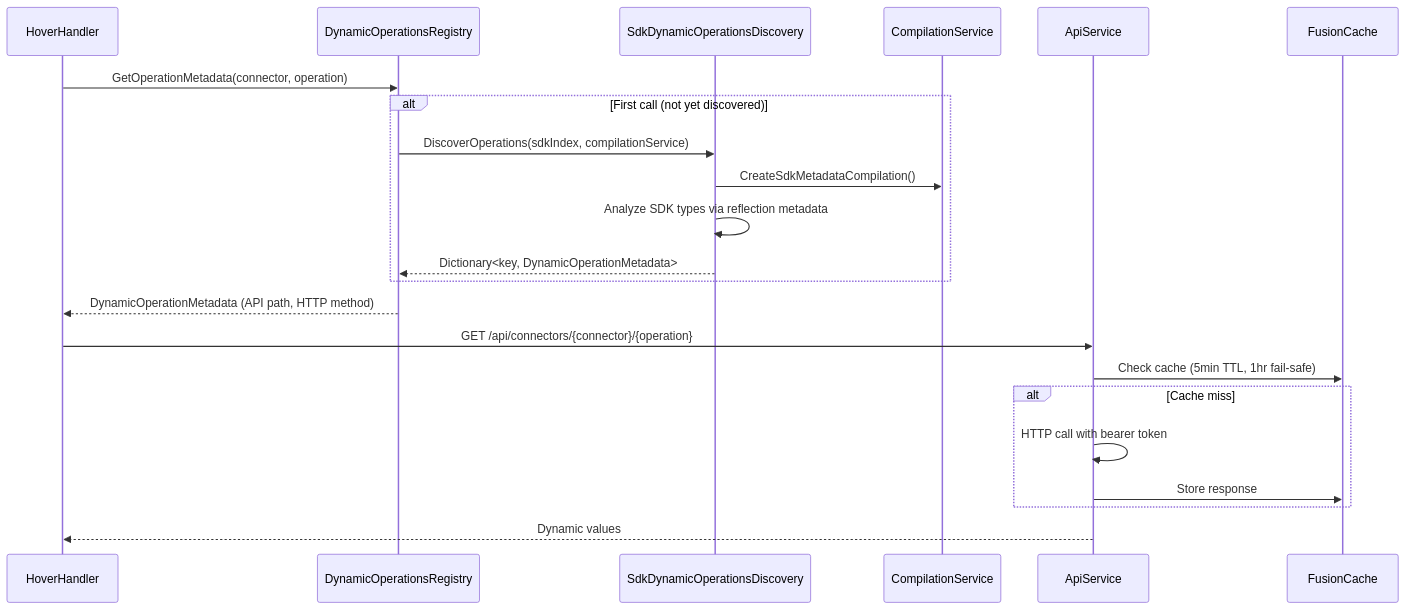
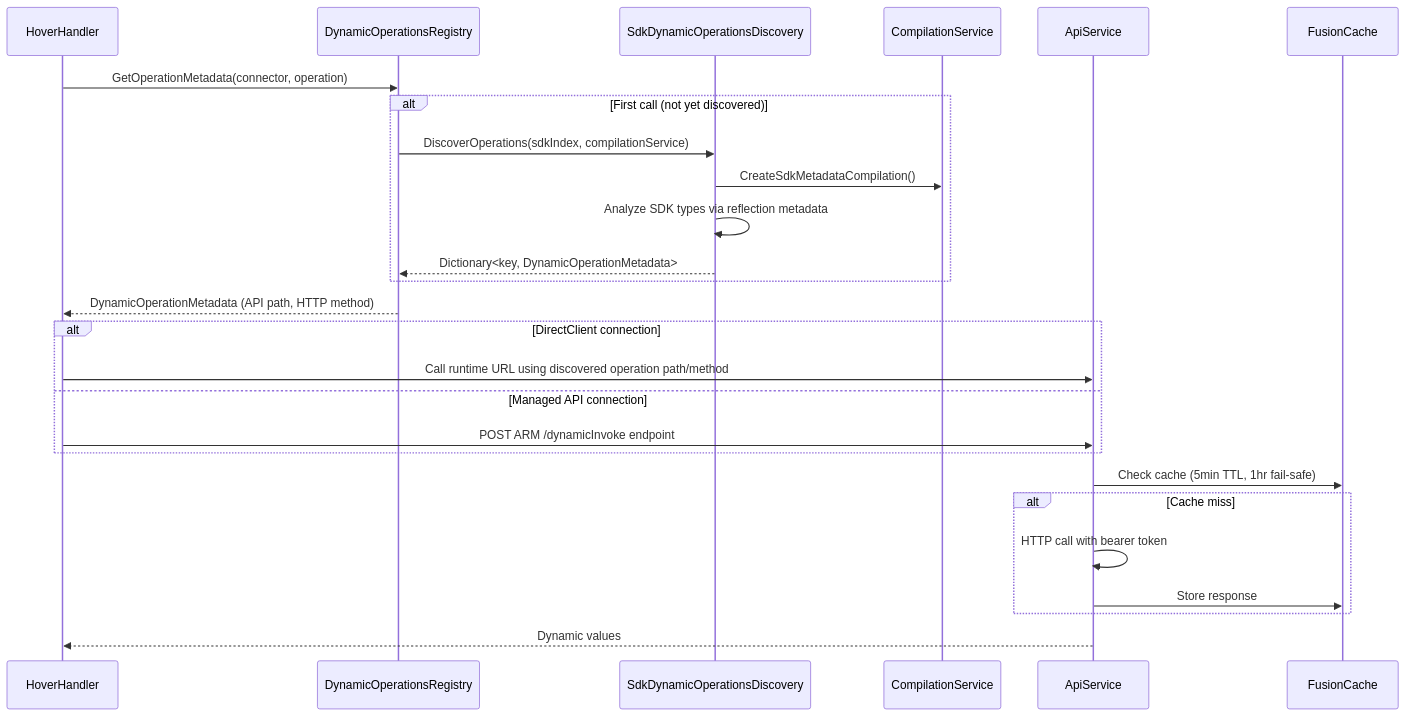
The fifth of 5 diagrams in Docs/architecture.md (Azure/Connectors-NET-LSP), drawn with Mermaid before and after one commit. The commit also changed other lines of this file, not shown here.

Commit message:
Address PR feedback round 2: lazy cache, dynamic invoke paths, anti-pattern semantic

````diff
--- a/Docs/architecture.md
+++ b/Docs/architecture.md
@@ -194,25 +194,29 @@
 ```mermaid
 sequenceDiagram
     participant HH as HoverHandler
     participant Reg as DynamicOperationsRegistry
     participant Disc as SdkDynamicOperationsDiscovery
     participant CS as CompilationService
     participant API as ApiService
     participant Cache as FusionCache
 
     HH->>Reg: GetOperationMetadata(connector, operation)
     alt First call (not yet discovered)
         Reg->>Disc: DiscoverOperations(sdkIndex, compilationService)
         Disc->>CS: CreateSdkMetadataCompilation()
         Disc->>Disc: Analyze SDK types via reflection metadata
         Disc-->>Reg: Dictionary<key, DynamicOperationMetadata>
     end
     Reg-->>HH: DynamicOperationMetadata (API path, HTTP method)
-    HH->>API: GET /api/connectors/{connector}/{operation}
+    alt DirectClient connection
+        HH->>API: Call runtime URL using discovered operation path/method
+    else Managed API connection
+        HH->>API: POST ARM /dynamicInvoke endpoint
+    end
     API->>Cache: Check cache (5min TTL, 1hr fail-safe)
     alt Cache miss
         API->>API: HTTP call with bearer token
         API->>Cache: Store response
     end
     API-->>HH: Dynamic values
 ```
````
